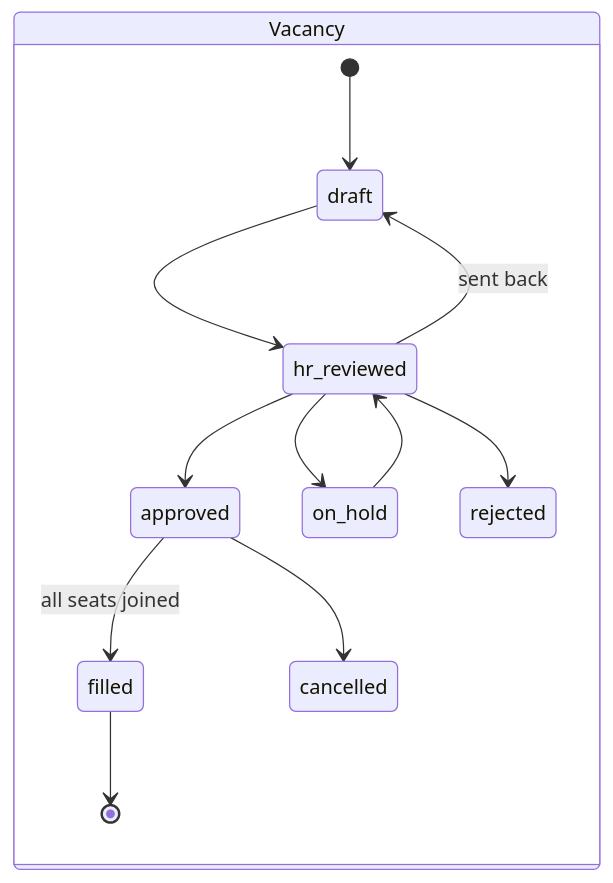
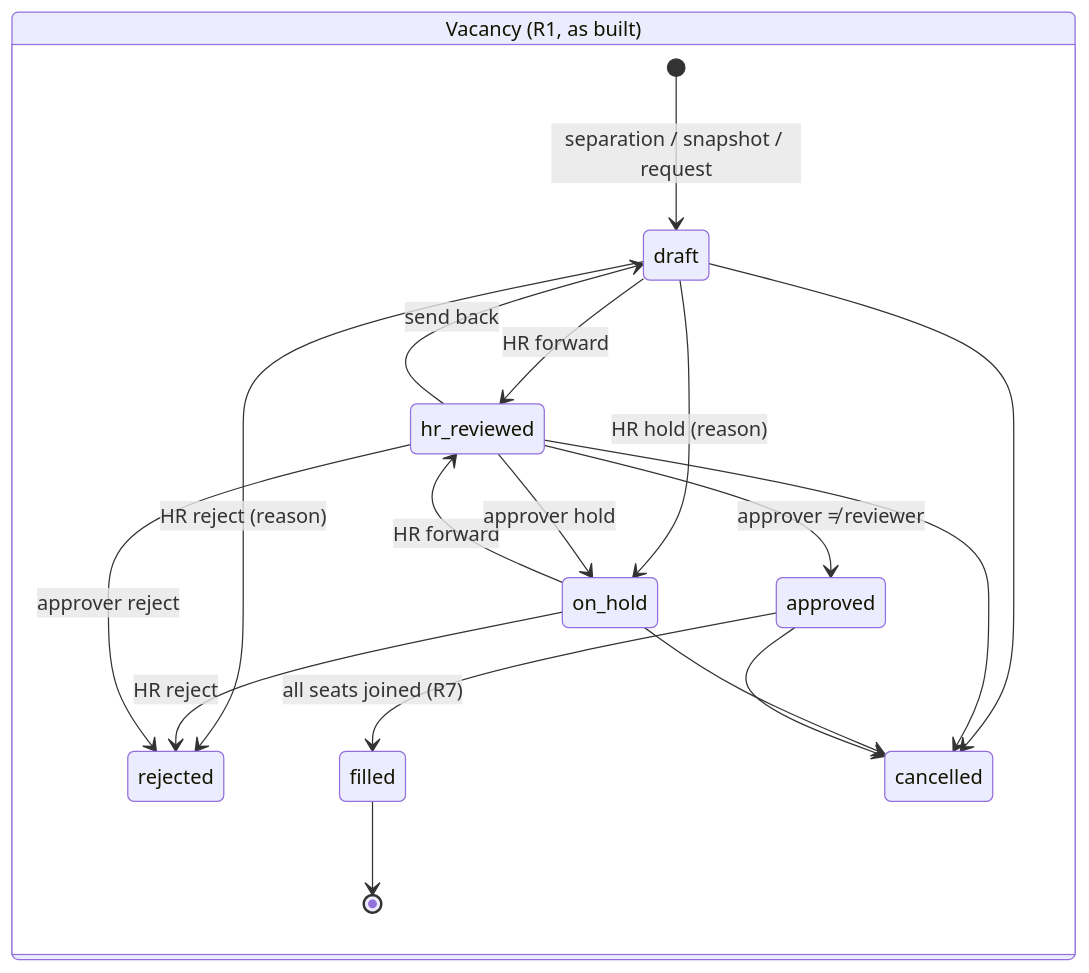
Before and after one commit to engineermdsalahuddin0-lgtm/HRIS: the second of 3 diagrams in src/onboarding-process/architecture.md, drawn with Mermaid. The commit also changed other lines of this file and 22 other files, not shown here.

````diff
--- a/src/onboarding-process/architecture.md
+++ b/src/onboarding-process/architecture.md
@@ -170,16 +180,22 @@
 ```mermaid
 stateDiagram-v2
   direction LR
-  state "Vacancy" as V {
-    [*] --> draft
-    draft --> hr_reviewed
-    hr_reviewed --> draft: sent back
-    hr_reviewed --> approved
-    hr_reviewed --> on_hold
-    hr_reviewed --> rejected
-    on_hold --> hr_reviewed
-    approved --> filled: all seats joined
+  state "Vacancy (R1, as built)" as V {
+    [*] --> draft: separation / snapshot / request
+    draft --> hr_reviewed: HR forward
+    draft --> on_hold: HR hold (reason)
+    draft --> rejected: HR reject (reason)
+    on_hold --> hr_reviewed: HR forward
+    on_hold --> rejected: HR reject
+    hr_reviewed --> approved: approver ≠ reviewer
+    hr_reviewed --> on_hold: approver hold
+    hr_reviewed --> rejected: approver reject
+    hr_reviewed --> draft: send back
+    approved --> filled: all seats joined (R7)
+    draft --> cancelled
+    hr_reviewed --> cancelled
+    on_hold --> cancelled
     approved --> cancelled
     filled --> [*]
   }
 ```
````
